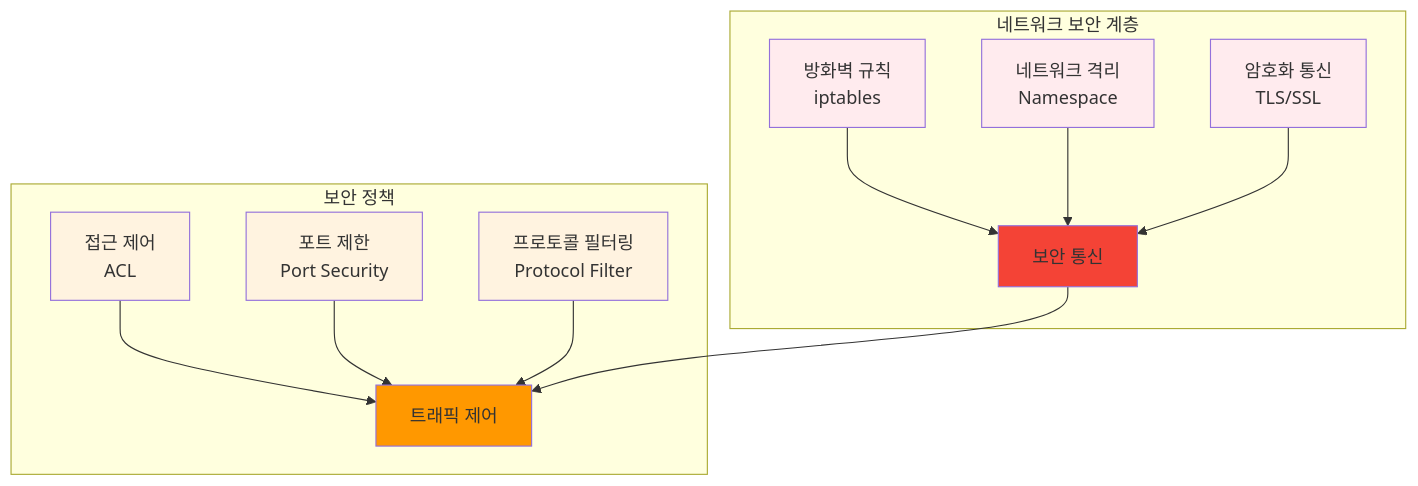
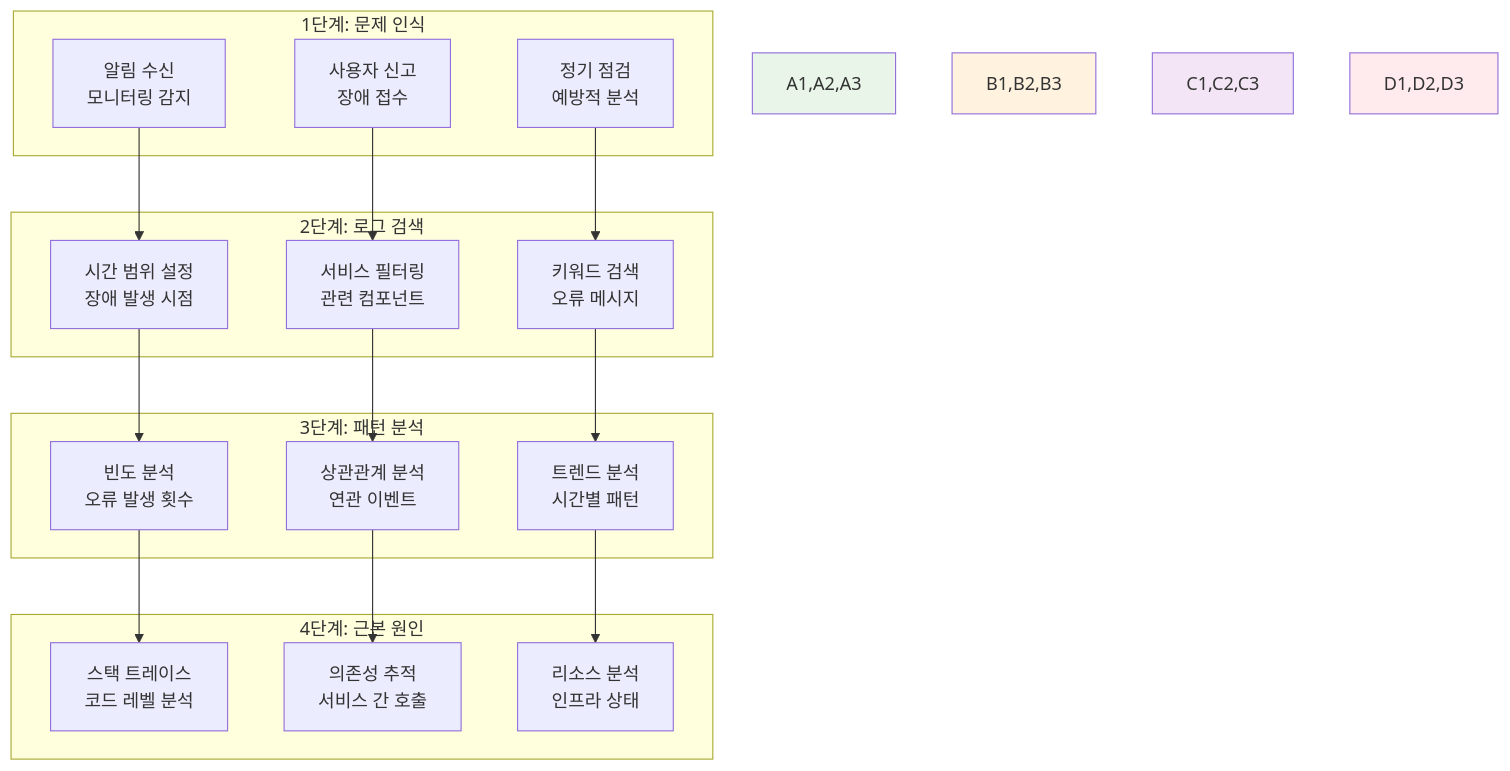
One commit to niceguy61/kdt_devops_lecture_2025 changed the fourth of 4 diagrams in theory/week_02/day3/session_2.md. Above: the diagram before and after it, drawn with Mermaid. The commit also changed other lines of this file and 70 other files, not shown here.

````diff
--- a/theory/week_02/day3/session_2.md
+++ b/theory/week_02/day3/session_2.md
@@ -183,25 +210,41 @@
 ```mermaid
 graph TB
-    subgraph "네트워크 보안 계층"
-        A[방화벽 규칙<br/>iptables] --> D[보안 통신]
-        B[네트워크 격리<br/>Namespace] --> D
-        C[암호화 통신<br/>TLS/SSL] --> D
+    subgraph "1단계: 문제 인식"
+        A1[알림 수신<br/>모니터링 감지]
+        A2[사용자 신고<br/>장애 접수]
+        A3[정기 점검<br/>예방적 분석]
     end
     
-    subgraph "보안 정책"
-        E[접근 제어<br/>ACL] --> F[트래픽 제어]
-        G[포트 제한<br/>Port Security] --> F
-        H[프로토콜 필터링<br/>Protocol Filter] --> F
+    subgraph "2단계: 로그 검색"
+        B1[시간 범위 설정<br/>장애 발생 시점]
+        B2[서비스 필터링<br/>관련 컴포넌트]
+        B3[키워드 검색<br/>오류 메시지]
     end
     
-    D --> F
+    subgraph "3단계: 패턴 분석"
+        C1[빈도 분석<br/>오류 발생 횟수]
+        C2[상관관계 분석<br/>연관 이벤트]
+        C3[트렌드 분석<br/>시간별 패턴]
+    end
     
-    style A fill:#ffebee
-    style B fill:#ffebee
-    style C fill:#ffebee
-    style D fill:#f44336
-    style E fill:#fff3e0
-    style G fill:#fff3e0
-    style H fill:#fff3e0
-    style F fill:#ff9800
+    subgraph "4단계: 근본 원인"
+        D1[스택 트레이스<br/>코드 레벨 분석]
+        D2[의존성 추적<br/>서비스 간 호출]
+        D3[리소스 분석<br/>인프라 상태]
+    end
+    
+    A1 --> B1
+    A2 --> B2
+    A3 --> B3
+    B1 --> C1
+    B2 --> C2
+    B3 --> C3
+    C1 --> D1
+    C2 --> D2
+    C3 --> D3
+    
+    style A1,A2,A3 fill:#e8f5e8
+    style B1,B2,B3 fill:#fff3e0
+    style C1,C2,C3 fill:#f3e5f5
+    style D1,D2,D3 fill:#ffebee
 ```
````
